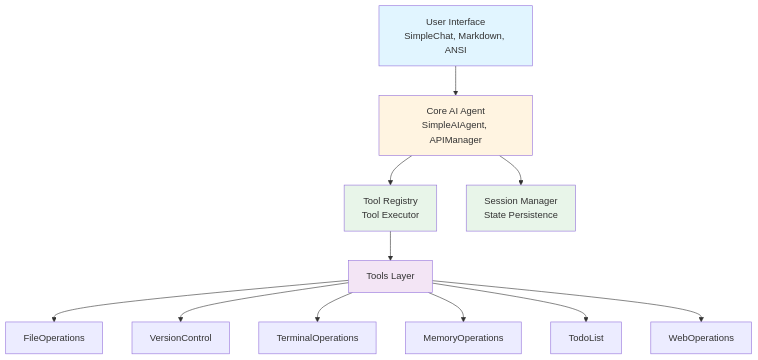
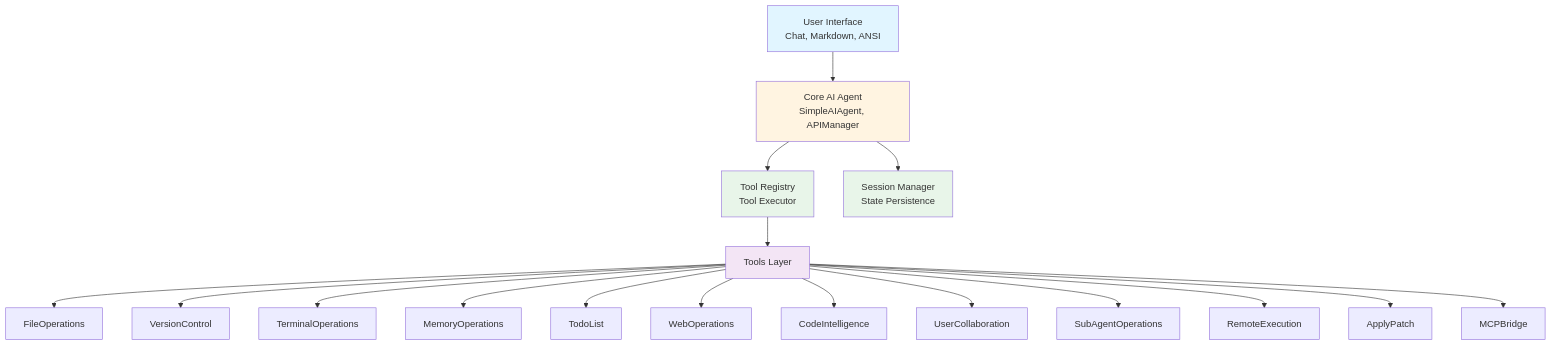
Before and after one commit to SyntheticAutonomicMind/CLIO: the first of 6 diagrams in docs/SPECS/ARCHITECTURE.md, drawn with Mermaid. The commit also changed other lines of this file and 16 other files, not shown here.

````diff
--- a/docs/SPECS/ARCHITECTURE.md
+++ b/docs/SPECS/ARCHITECTURE.md
@@ -75,22 +75,28 @@
 ```mermaid
 graph TD
-    UI[User Interface<br/>SimpleChat, Markdown, ANSI] --> Agent[Core AI Agent<br/>SimpleAIAgent, APIManager]
+    UI[User Interface<br/>Chat, Markdown, ANSI] --> Agent[Core AI Agent<br/>SimpleAIAgent, APIManager]
     
     Agent --> Registry[Tool Registry<br/>Tool Executor]
     Agent --> Session[Session Manager<br/>State Persistence]
     
     Registry --> Tools[Tools Layer]
     
     Tools --> FileOps[FileOperations]
     Tools --> Git[VersionControl]
     Tools --> Terminal[TerminalOperations]
     Tools --> Memory[MemoryOperations]
     Tools --> Todo[TodoList]
     Tools --> Web[WebOperations]
+    Tools --> CodeIntel[CodeIntelligence]
+    Tools --> UserCollab[UserCollaboration]
+    Tools --> SubAgent[SubAgentOperations]
+    Tools --> Remote[RemoteExecution]
+    Tools --> Patch[ApplyPatch]
+    Tools --> MCP[MCPBridge]
     
     style UI fill:#e1f5ff
     style Agent fill:#fff4e1
     style Registry fill:#e8f5e9
     style Session fill:#e8f5e9
     style Tools fill:#f3e5f5
 ```
````
